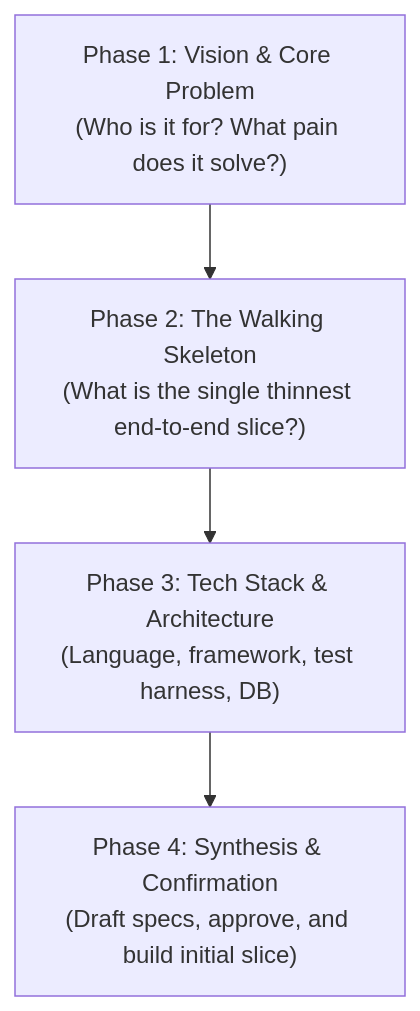
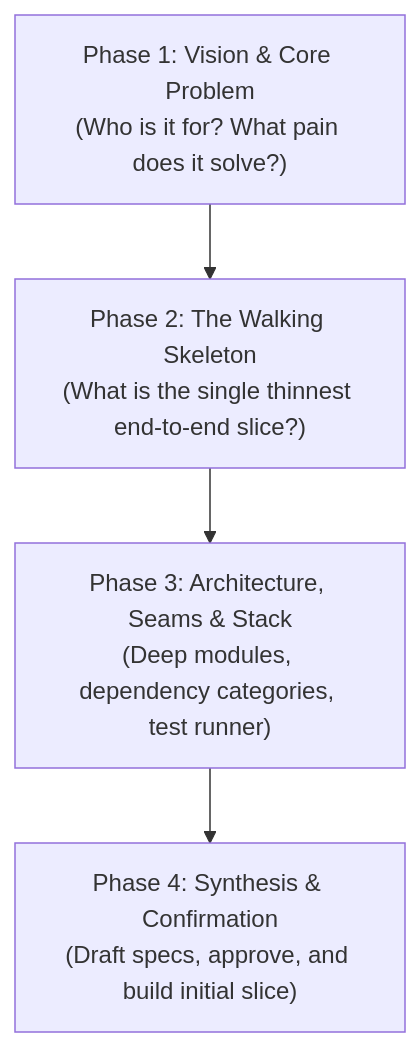
The diagram in .agents/skills/spec-init/references/interview-guide.md (junov/SpecDrive), drawn with Mermaid before and after one commit. The commit also changed other lines of this file and 11 other files, not shown here.

````diff
--- a/.agents/skills/spec-init/references/interview-guide.md
+++ b/.agents/skills/spec-init/references/interview-guide.md
@@ -13,6 +14,6 @@
 ```mermaid
 flowchart TD
     P1["Phase 1: Vision & Core Problem\n(Who is it for? What pain does it solve?)"] --> P2["Phase 2: The Walking Skeleton\n(What is the single thinnest end-to-end slice?)"]
-    P2 --> P3["Phase 3: Tech Stack & Architecture\n(Language, framework, test harness, DB)"]
+    P2 --> P3["Phase 3: Architecture, Seams & Stack\n(Deep modules, dependency categories, test runner)"]
     P3 --> P4["Phase 4: Synthesis & Confirmation\n(Draft specs, approve, and build initial slice)"]
 ```
````
